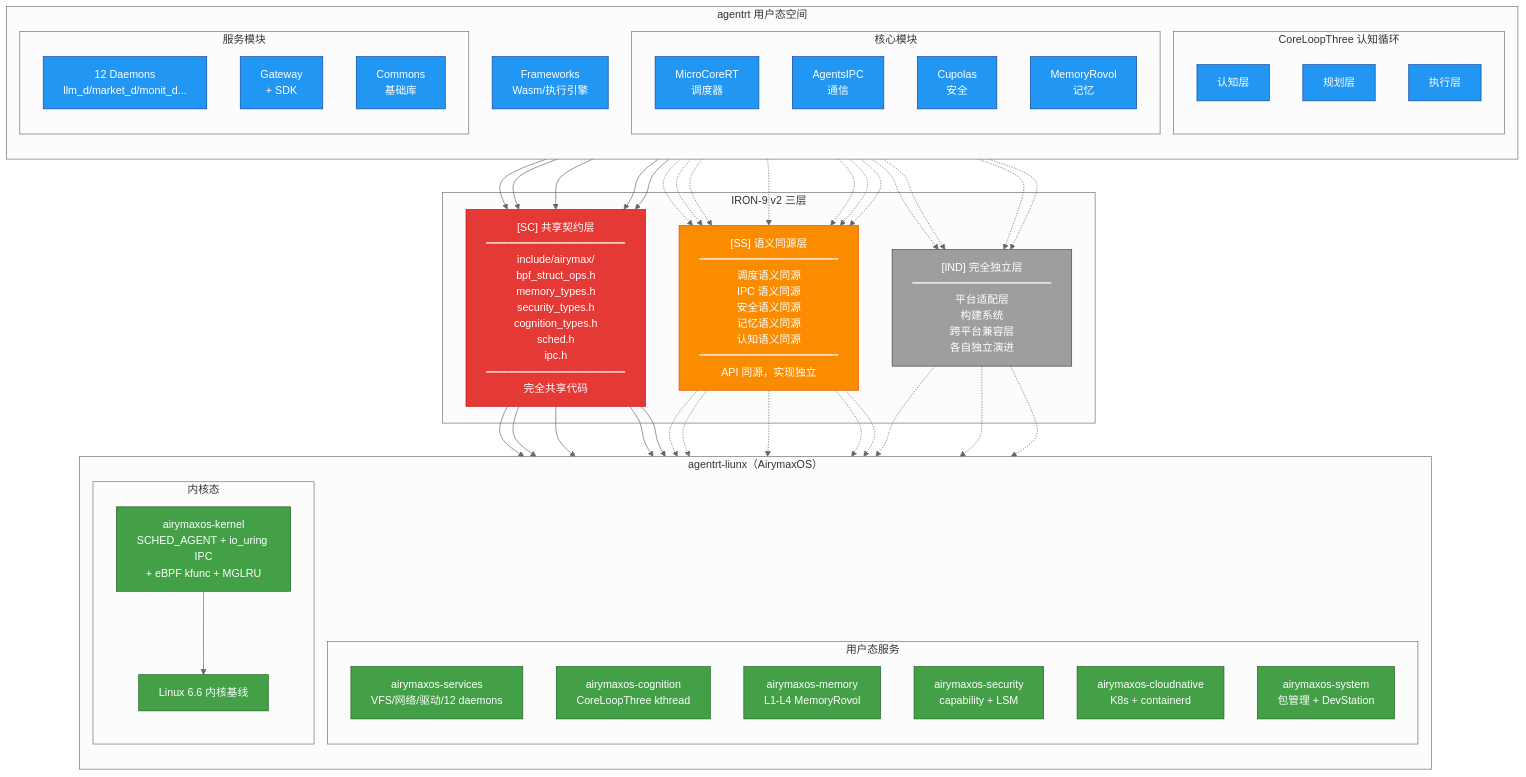
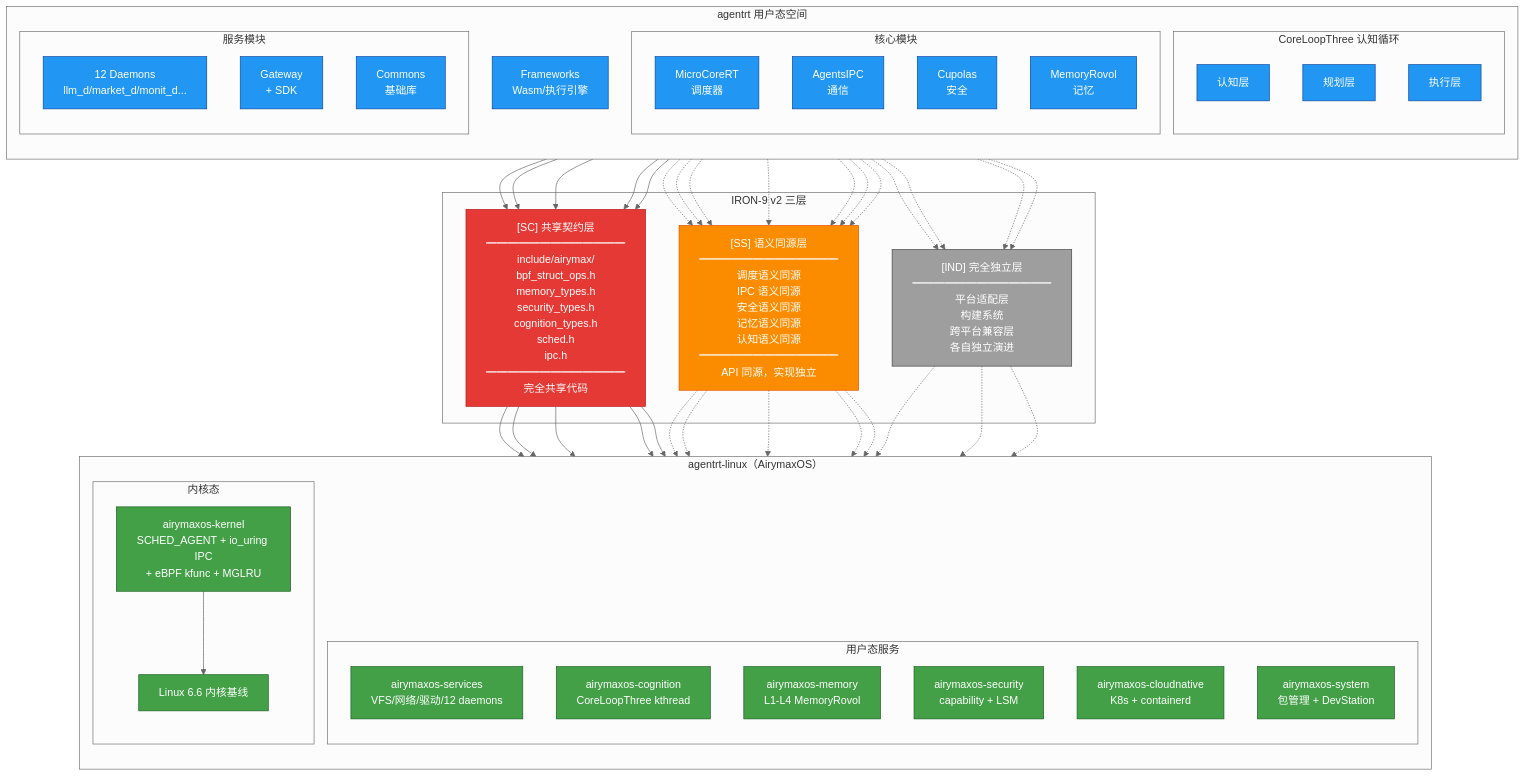
Before and after one commit to SpharxTeam/Docs: the first of 4 diagrams in AirymaxOS/50-engineering-standards/40-integration/agentrt_integration.md, drawn with Mermaid (neutral theme). The commit also changed other lines of this file and 132 other files, not shown here.

```diff
--- a/AirymaxOS/50-engineering-standards/40-integration/agentrt_integration.md
+++ b/AirymaxOS/50-engineering-standards/40-integration/agentrt_integration.md
@@ -56,7 +56,7 @@
         IND["[IND] 完全独立层<br/>━━━━━━━━━━━━━<br/>平台适配层<br/>构建系统<br/>跨平台兼容层<br/>各自独立演进"]
     end
 
-    subgraph "agentrt-liunx（AirymaxOS）"
+    subgraph "agentrt-linux（AirymaxOS）"
         direction TB
         subgraph "用户态服务"
             AS[airymaxos-services<br/>VFS/网络/驱动/12 daemons]
```
